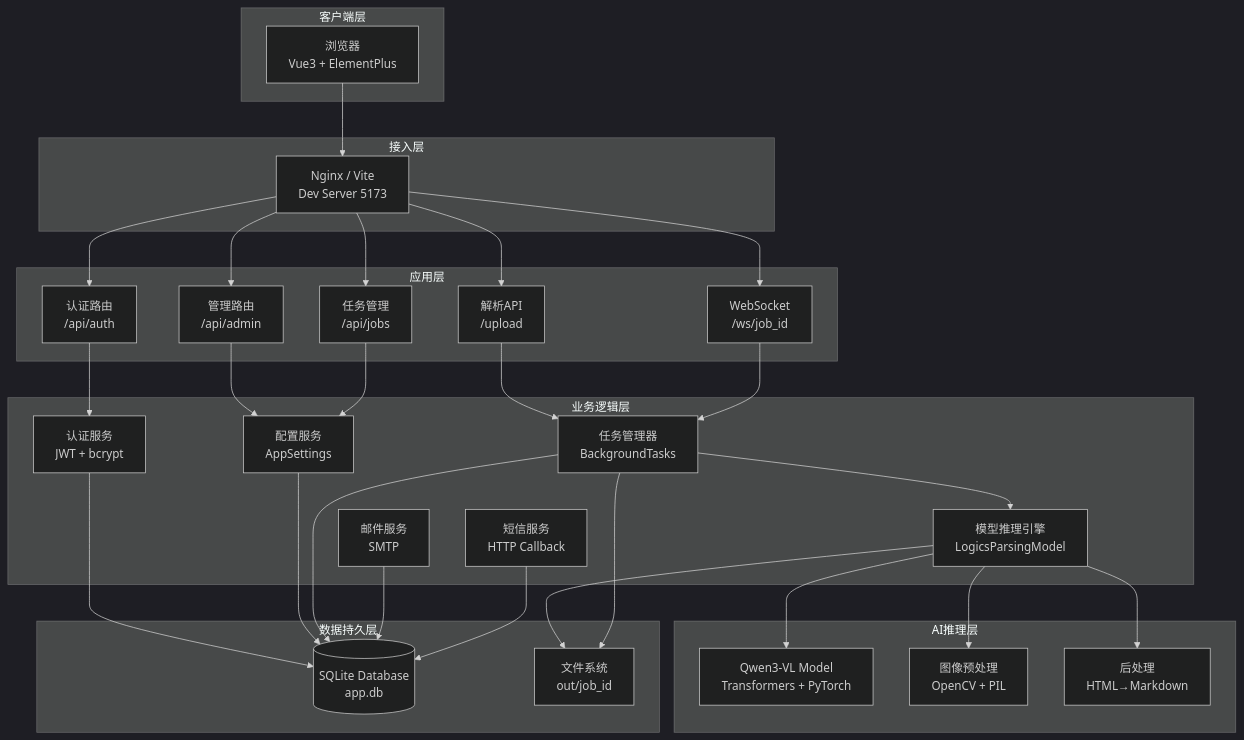
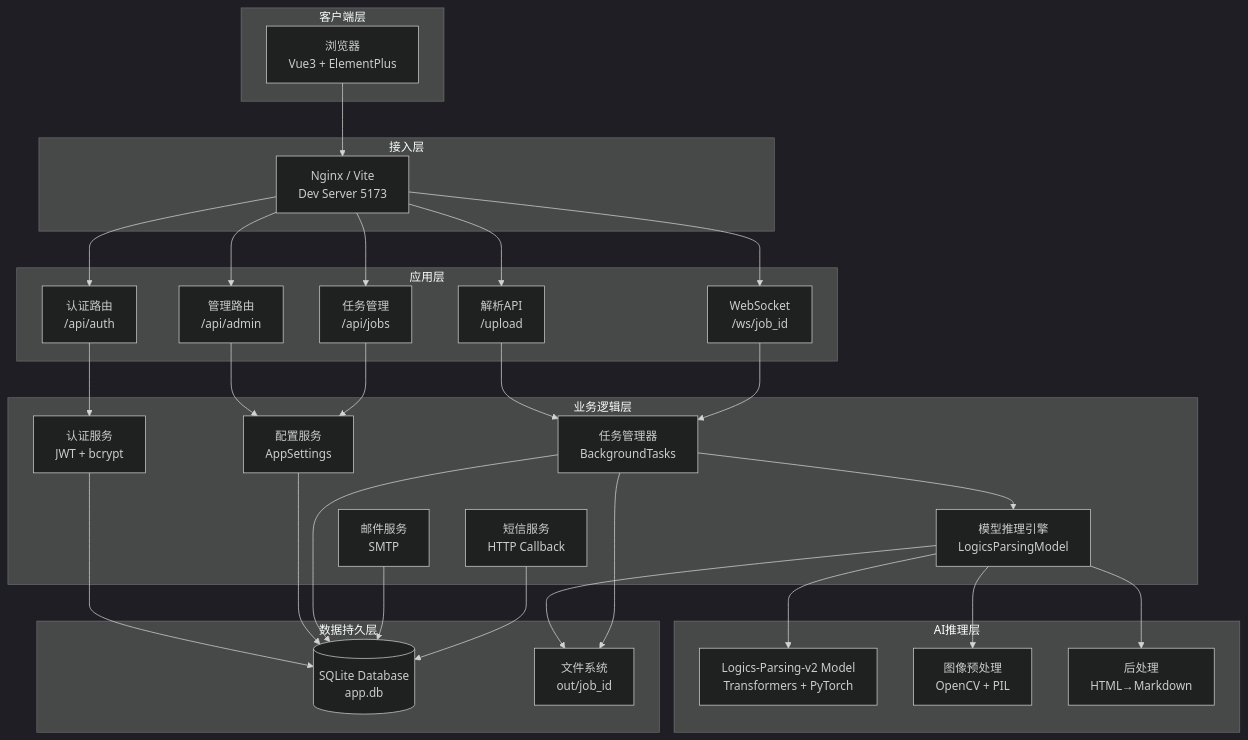
The first of 8 diagrams in doc/技术方案.md (syd168/DocuLogic), drawn with Mermaid (dark theme) before and after one commit. The commit also changed other lines of this file and 47 other files, not shown here.

````diff
--- a/doc/技术方案.md
+++ b/doc/技术方案.md
@@ -50,68 +50,68 @@
 ```mermaid
 graph TB
 
     subgraph 客户端层
         Browser["浏览器<br/>Vue3 + ElementPlus"]
     end
     
     subgraph 接入层
         Nginx["Nginx / Vite<br/>Dev Server 5173"]
     end
     
     subgraph 应用层
         AuthRouter["认证路由<br/>/api/auth"]
         AdminRouter["管理路由<br/>/api/admin"]
         ParseAPI["解析API<br/>/upload"]
         JobAPI["任务管理<br/>/api/jobs"]
         WS["WebSocket<br/>/ws/job_id"]
     end
     
     subgraph 业务逻辑层
         AuthService["认证服务<br/>JWT + bcrypt"]
         SettingsService["配置服务<br/>AppSettings"]
         ModelInference["模型推理引擎<br/>LogicsParsingModel"]
         JobManager["任务管理器<br/>BackgroundTasks"]
         EmailService["邮件服务<br/>SMTP"]
         SMSService["短信服务<br/>HTTP Callback"]
     end
     
     subgraph 数据持久层
         SQLite[("SQLite Database<br/>app.db")]
         FileSystem["文件系统<br/>out/job_id"]
     end
     
     subgraph AI推理层
-        QwenVL["Qwen3-VL Model<br/>Transformers + PyTorch"]
+        QwenVL["Logics-Parsing-v2 Model<br/>Transformers + PyTorch"]
         ImageProcessor["图像预处理<br/>OpenCV + PIL"]
         PostProcessor["后处理<br/>HTML→Markdown"]
     end
 
     Browser --> Nginx
     
     Nginx --> AuthRouter
     Nginx --> AdminRouter
     Nginx --> ParseAPI
     Nginx --> JobAPI
     Nginx --> WS
     
     AuthRouter --> AuthService
     AdminRouter --> SettingsService
     ParseAPI --> JobManager
     JobAPI --> SettingsService
     WS --> JobManager
     
     AuthService --> SQLite
     SettingsService --> SQLite
     JobManager --> SQLite
     JobManager --> ModelInference
     
     ModelInference --> QwenVL
     ModelInference --> ImageProcessor
     ModelInference --> PostProcessor
     
     ModelInference --> FileSystem
     JobManager --> FileSystem
     
     EmailService --> SQLite
     SMSService --> SQLite
 ```
````
